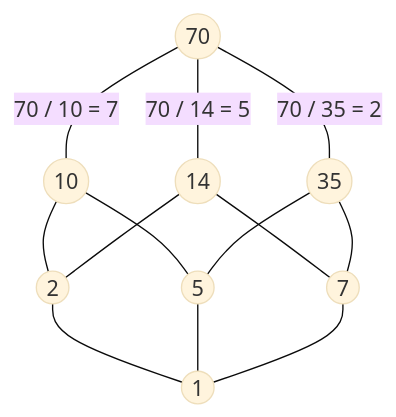
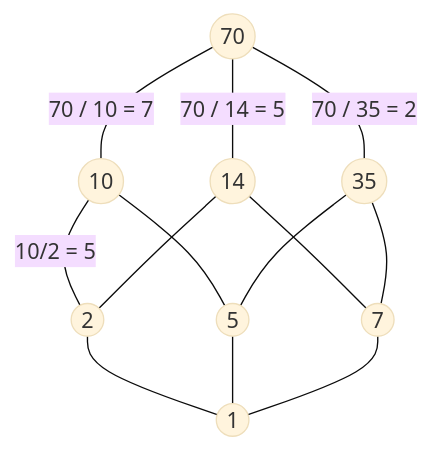
Before and after one commit to LeonStoldt/discreteMathematics: diagram 14 of 14 in README.md, drawn with Mermaid (base theme). The commit also changed other lines of this file, not shown here.

````diff
--- a/README.md
+++ b/README.md
@@ -242,15 +242,15 @@
 ```mermaid
 graph TD
 70((70)) --70 / 10 = 7--- 10((10))
 70 --70 / 14 = 5--- 14((14))
 70 --70 / 35 = 2--- 35((35))
-10 --- 2((2))
+10 --10/2 = 5--- 2((2))
 10 --- 5((5))
 14 --- 2
 14 --- 7((7))
 35 --- 5
 35 --- 7
 2 --- 1((1))
 5 --- 1
 7 --- 1
 ```
````
